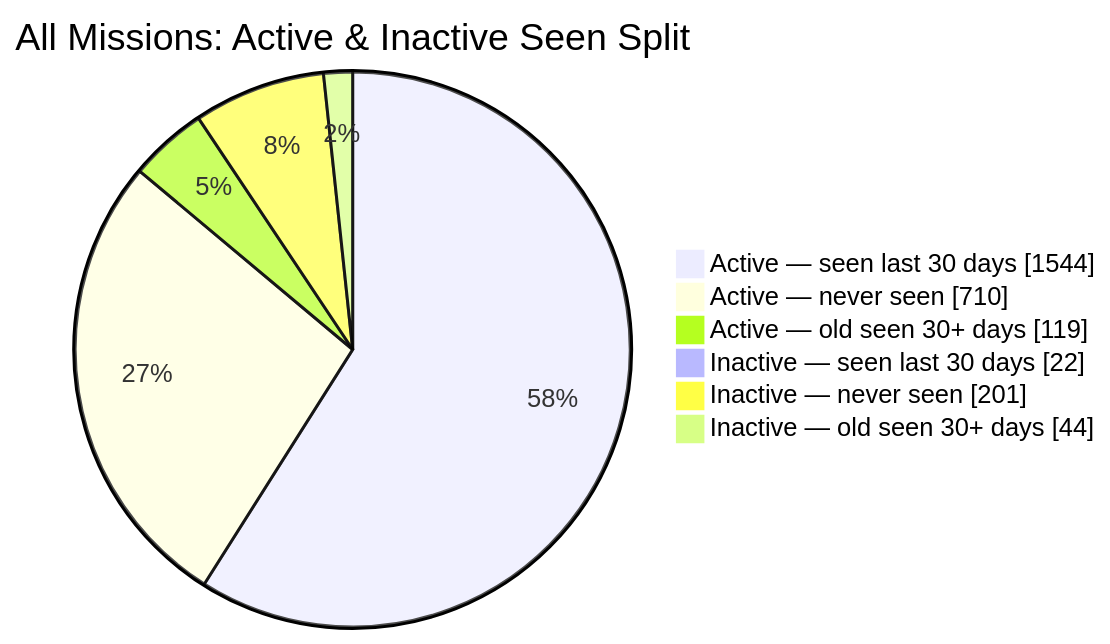
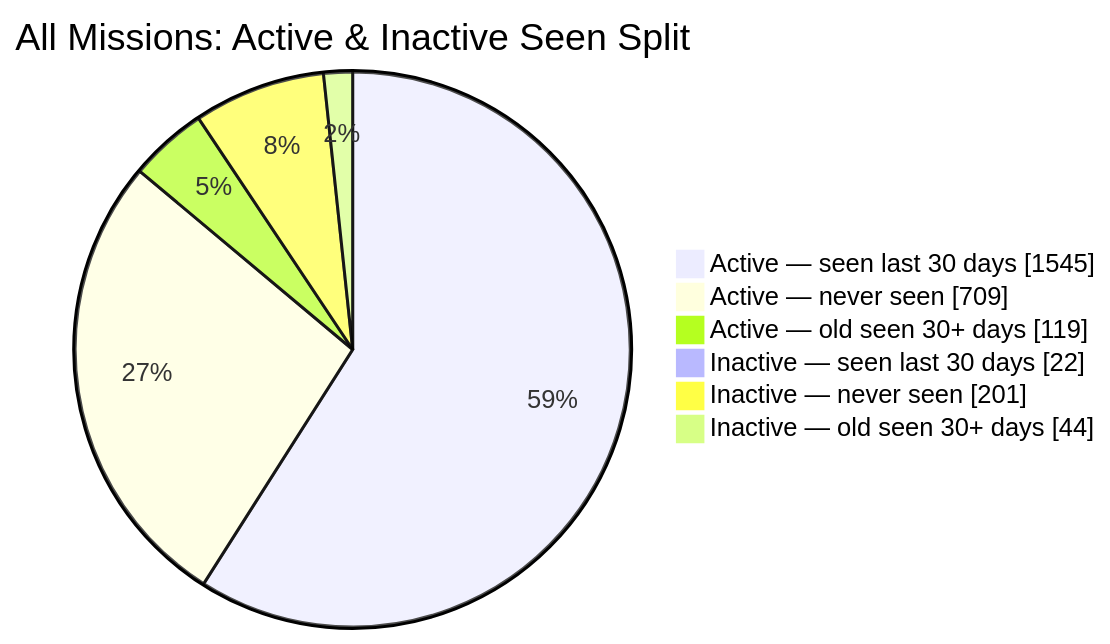
The second of 2 diagrams in README.md (MeldkamerspelGameTeam/active-missions), drawn with Mermaid before and after one commit. The commit also changed other lines of this file and 2 other files, not shown here.

````diff
--- a/README.md
+++ b/README.md
@@ -44,10 +44,10 @@
 ```mermaid
 pie showData
     title All Missions: Active & Inactive Seen Split
-    "Active — seen last 30 days" : 1544
-    "Active — never seen" : 710
+    "Active — seen last 30 days" : 1545
+    "Active — never seen" : 709
     "Active — old seen 30+ days" : 119
     "Inactive — seen last 30 days" : 22
     "Inactive — never seen" : 201
     "Inactive — old seen 30+ days" : 44
 ```
````
